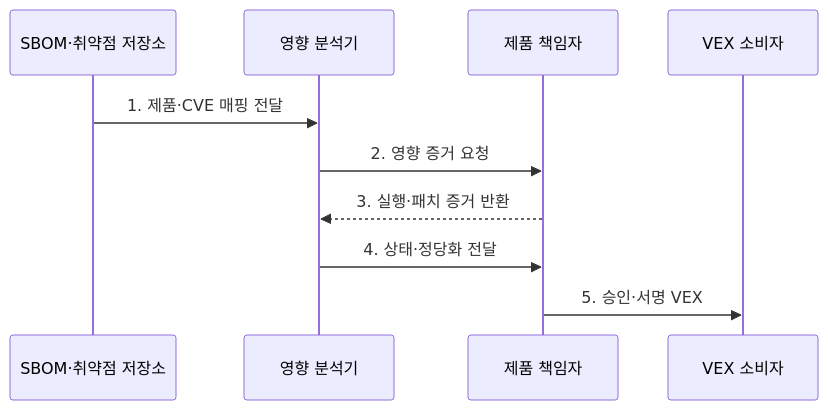
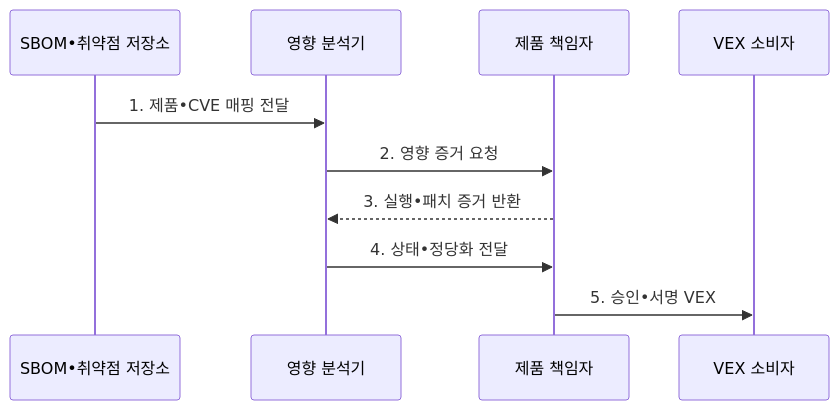
The second of 2 diagrams in src/content/docs/notes/03-software/184_vex.md (agnusdei1207/knowledge-base), drawn with Mermaid before and after one commit. The commit also changed other lines of this file and 953 other files, not shown here.

````diff
--- a/src/content/docs/notes/03-software/184_vex.md
+++ b/src/content/docs/notes/03-software/184_vex.md
@@ -111,12 +111,12 @@
 ```mermaid
 sequenceDiagram
-    participant S as SBOM·취약점 저장소
+    participant S as SBOM•취약점 저장소
     participant A as 영향 분석기
     participant P as 제품 책임자
     participant C as VEX 소비자
-    S->>A: 1. 제품·CVE 매핑 전달
+    S->>A: 1. 제품•CVE 매핑 전달
     A->>P: 2. 영향 증거 요청
-    P-->>A: 3. 실행·패치 증거 반환
-    A->>P: 4. 상태·정당화 전달
-    P->>C: 5. 승인·서명 VEX
+    P-->>A: 3. 실행•패치 증거 반환
+    A->>P: 4. 상태•정당화 전달
+    P->>C: 5. 승인•서명 VEX
 ```
````
